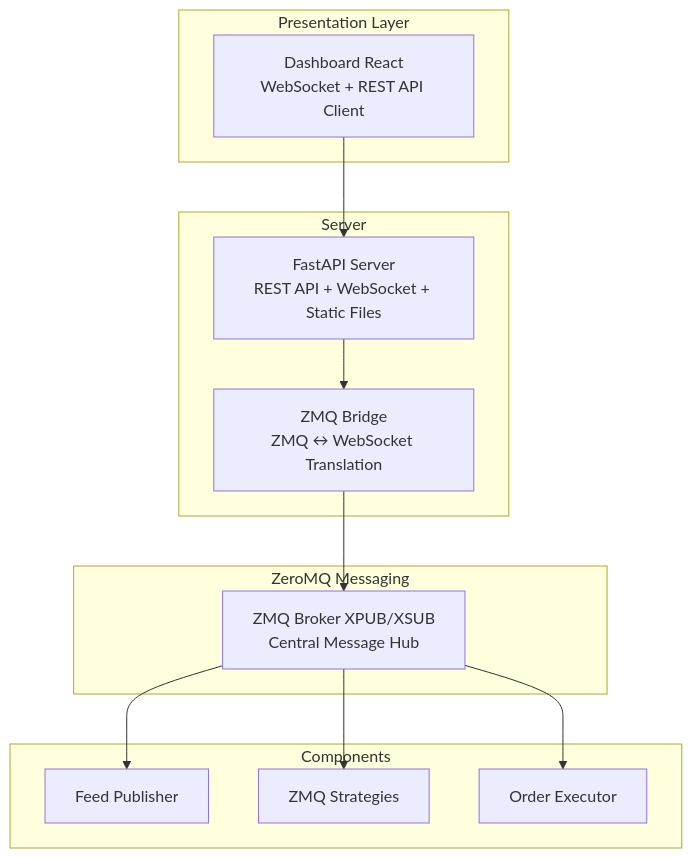
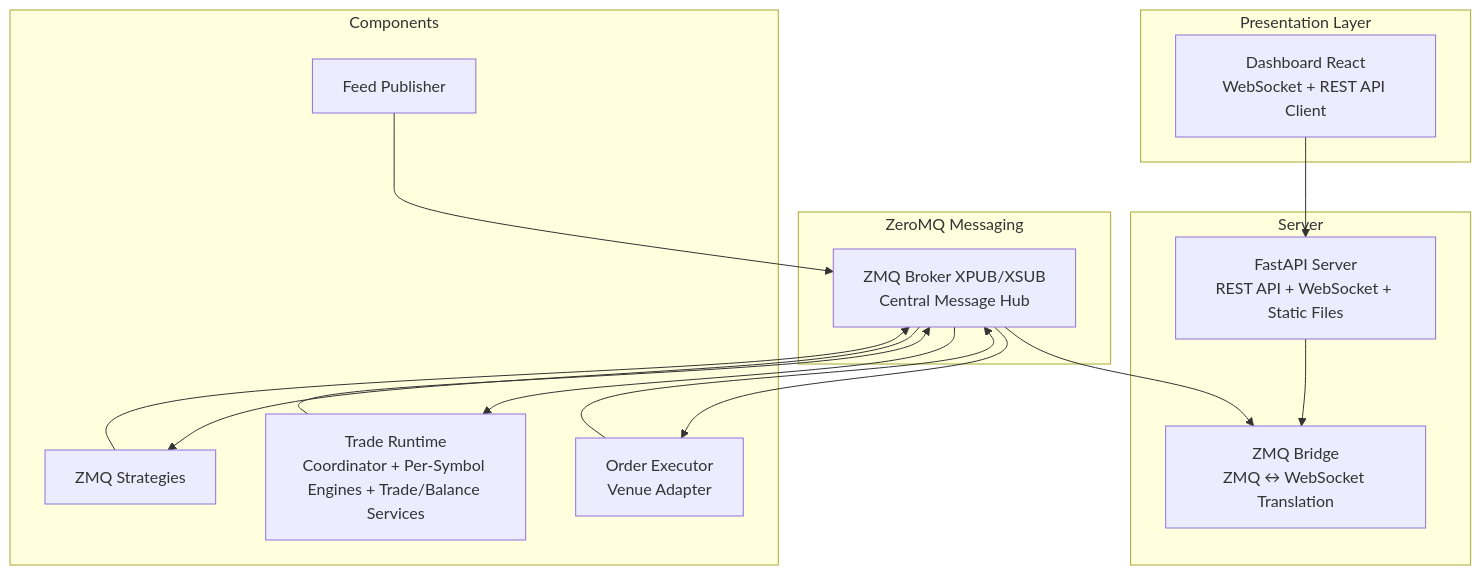
One commit to mateusz-klatt/snapper changed the diagram in README.md. Above: the diagram before and after it, drawn with Mermaid. The commit also changed other lines of this file and 43 other files, not shown here.

First line of the commit message:
feat(trade-runtime): facts-canonical architecture with durable state

````diff
--- a/README.md
+++ b/README.md
@@ -105,28 +120,33 @@
 ```mermaid
 flowchart TB
     subgraph Presentation["Presentation Layer"]
         Dashboard["Dashboard React<br/>WebSocket + REST API Client"]
     end
 
     subgraph Server["Server"]
         FastAPI["FastAPI Server<br/>REST API + WebSocket + Static Files"]
         Bridge["ZMQ Bridge<br/>ZMQ ↔ WebSocket Translation"]
     end
 
     subgraph Messaging["ZeroMQ Messaging"]
         Broker["ZMQ Broker XPUB/XSUB<br/>Central Message Hub"]
     end
 
     subgraph Components["Components"]
         Feed["Feed Publisher"]
         Strategies["ZMQ Strategies"]
-        Executor["Order Executor"]
+        Runtime["Trade Runtime<br/>Coordinator + Per-Symbol Engines + Trade/Balance Services"]
+        Executor["Order Executor<br/>Venue Adapter"]
     end
 
     Dashboard --> FastAPI
     FastAPI --> Bridge
-    Bridge --> Broker
-    Broker --> Feed
+    Feed --> Broker
+    Strategies --> Broker
     Broker --> Strategies
+    Runtime --> Broker
+    Broker --> Bridge
+    Broker --> Runtime
+    Executor --> Broker
     Broker --> Executor
 ```
````
